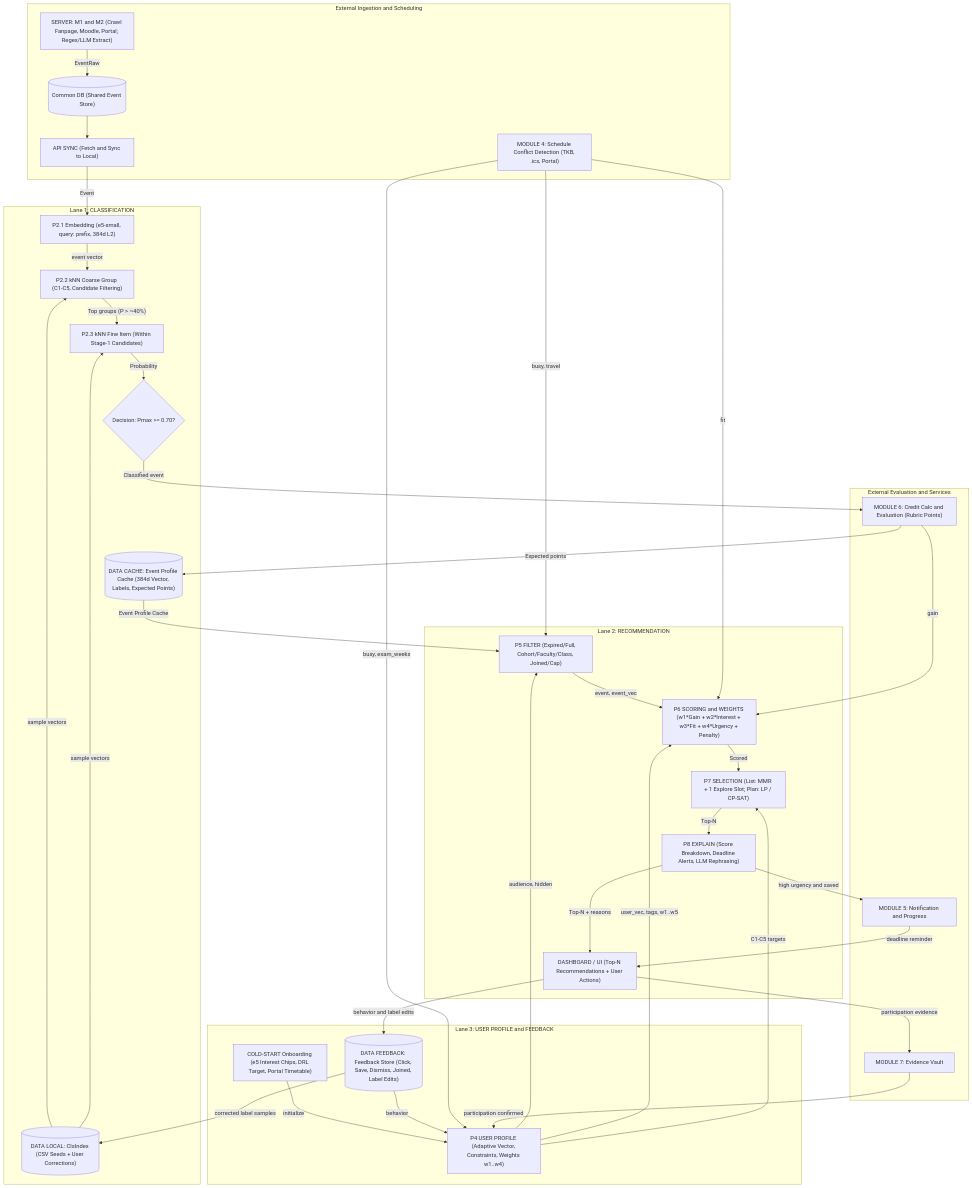
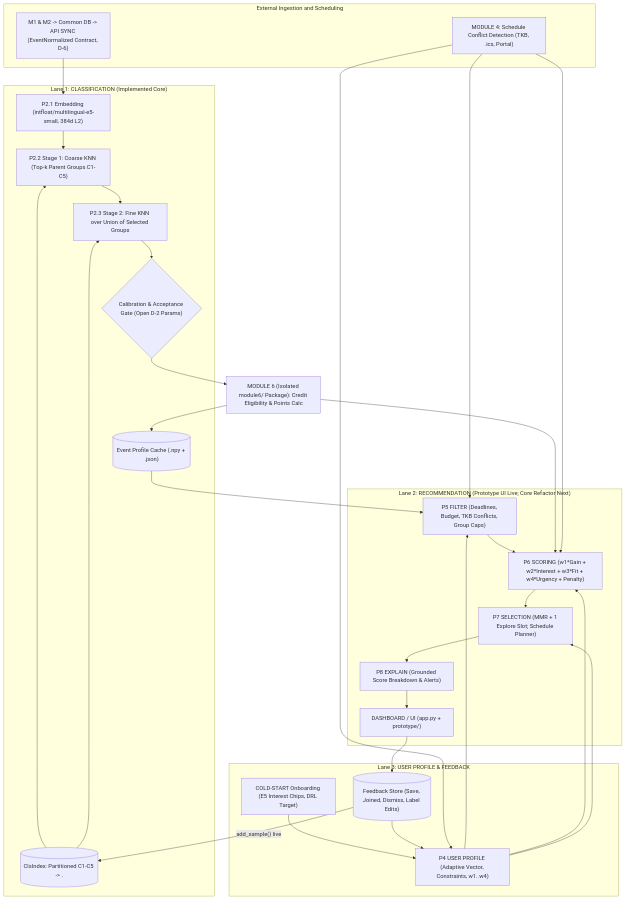
One commit to nthquan1505/No-Le-DRL changed the diagram in README.md. Above: the diagram before and after it, drawn with Mermaid. The commit also changed other lines of this file and 7 other files, not shown here.

Commit message:
feat(module-3): add interactive UI prototype, e5-small offline loader, gitignore

````diff
--- a/README.md
+++ b/README.md
@@ -27,72 +37,52 @@
 ```mermaid
 flowchart TD
     subgraph EXT_IN["External Ingestion and Scheduling"]
-        M12["SERVER: M1 and M2 (Crawl Fanpage, Moodle, Portal; Regex/LLM Extract)"] -->|EventRaw| CDB[("Common DB (Shared Event Store)")]
-        CDB --> APISYNC["API SYNC (Fetch and Sync to Local)"]
+        M12["M1 & M2 -> Common DB -> API SYNC (EventNormalized Contract, D-6)"]
         M4["MODULE 4: Schedule Conflict Detection (TKB, .ics, Portal)"]
     end
 
-    subgraph M3_CLS["Lane 1: CLASSIFICATION"]
-        CLS_IDX[("DATA LOCAL: ClsIndex (CSV Seeds + User Corrections)")]
-        P21["P2.1 Embedding (e5-small, query: prefix, 384d L2)"]
-        P22["P2.2 kNN Coarse Group (C1-C5, Candidate Filtering)"]
-        P23["P2.3 kNN Fine Item (Within Stage-1 Candidates)"]
-        PMAX{"Decision: Pmax >= 0.70?"}
-        CACHE[("DATA CACHE: Event Profile Cache (384d Vector, Labels, Expected Points)")]
+    subgraph M3_CLS["Lane 1: CLASSIFICATION (Implemented Core)"]
+        CLS_IDX[("ClsIndex: Partitioned C1-C5 -> <major>.<minor>")]
+        P21["P2.1 Embedding (intfloat/multilingual-e5-small, 384d L2)"]
+        P22["P2.2 Stage 1: Coarse KNN (Top-k Parent Groups C1-C5)"]
+        P23["P2.3 Stage 2: Fine KNN over Union of Selected Groups"]
+        GATE{"Calibration & Acceptance Gate (Open D-2 Params)"}
+        CACHE[("Event Profile Cache (.npy + .json)")]
 
-        APISYNC -->|Event| P21
-        P21 -->|event vector| P22
-        CLS_IDX -->|sample vectors| P22
-        CLS_IDX -->|sample vectors| P23
-        P22 -->|"Top groups (P > ~40%)"| P23
-        P23 -->|Probability| PMAX
+        M12 --> P21 --> P22 --> P23 --> GATE
+        CLS_IDX --> P22
+        CLS_IDX --> P23
     end
 
-    subgraph EXT_EVAL["External Evaluation and Services"]
-        M6["MODULE 6: Credit Calc and Evaluation (Rubric Points)"]
-        M5["MODULE 5: Notification and Progress"]
-        M7["MODULE 7: Evidence Vault"]
+    M6["MODULE 6 (Isolated module6/ Package): Credit Eligibility & Points Calc"]
+    GATE --> M6 --> CACHE
+
+    subgraph M3_REC["Lane 2: RECOMMENDATION (Prototype UI Live; Core Refactor Next)"]
+        P5["P5 FILTER (Deadlines, Budget, TKB Conflicts, Group Caps)"]
+        P6["P6 SCORING (w1*Gain + w2*Interest + w3*Fit + w4*Urgency + Penalty)"]
+        P7["P7 SELECTION (MMR + 1 Explore Slot; Schedule Planner)"]
+        P8["P8 EXPLAIN (Grounded Score Breakdown & Alerts)"]
+        UI["DASHBOARD / UI (app.py + prototype/)"]
+
+        CACHE --> P5 --> P6 --> P7 --> P8 --> UI
     end
 
-    PMAX -->|Classified event| M6
-    M6 -->|Expected points| CACHE
+    subgraph M3_PROF["Lane 3: USER PROFILE & FEEDBACK"]
+        COLD["COLD-START Onboarding (E5 Interest Chips, DRL Target)"]
+        P4["P4 USER PROFILE (Adaptive Vector, Constraints, w1..w4)"]
+        FB[("Feedback Store (Save, Joined, Dismiss, Label Edits)")]
 
-    subgraph M3_REC["Lane 2: RECOMMENDATION"]
-        P5["P5 FILTER (Expired/Full, Cohort/Faculty/Class, Joined/Cap)"]
-        P6["P6 SCORING and WEIGHTS (w1*Gain + w2*Interest + w3*Fit + w4*Urgency + Penalty)"]
-        P7["P7 SELECTION (List: MMR + 1 Explore Slot; Plan: LP / CP-SAT)"]
-        P8["P8 EXPLAIN (Score Breakdown, Deadline Alerts, LLM Rephrasing)"]
-        UI["DASHBOARD / UI (Top-N Recommendations + User Actions)"]
-
-        CACHE -->|Event Profile Cache| P5
-        P5 -->|event, event_vec| P6
-        P6 -->|Scored| P7
-        P7 -->|Top-N| P8
-        P8 -->|Top-N + reasons| UI
+        COLD --> P4
+        FB --> P4
+        FB -->|"add_sample() live"| CLS_IDX
     end
 
-    subgraph M3_PROF["Lane 3: USER PROFILE and FEEDBACK"]
-        COLD["COLD-START Onboarding (e5 Interest Chips, DRL Target, Portal Timetable)"]
-        P4["P4 USER PROFILE (Adaptive Vector, Constraints, Weights w1..w4)"]
-        FB[("DATA FEEDBACK: Feedback Store (Click, Save, Dismiss, Joined, Label Edits)")]
-
-        COLD -->|initialize| P4
-        FB -->|behavior| P4
-        FB -->|corrected label samples| CLS_IDX
-    end
-
-    M6 -->|gain| P6
-    M4 -->|busy, travel| P5
-    M4 -->|fit| P6
-    M4 -->|busy, exam_weeks| P4
-
-    P4 -->|audience, hidden| P5
-    P4 -->|user_vec, tags, w1..w5| P6
-    P4 -->|C1-C5 targets| P7
-
-    UI -->|behavior and label edits| FB
-    UI -->|participation evidence| M7
-    M7 -->|participation confirmed| P4
-    P8 -->|high urgency and saved| M5
-    M5 -->|deadline reminder| UI
+    M6 --> P6
+    M4 --> P5
+    M4 --> P6
+    M4 --> P4
+    P4 --> P5
+    P4 --> P6
+    P4 --> P7
+    UI --> FB
 ```
````
